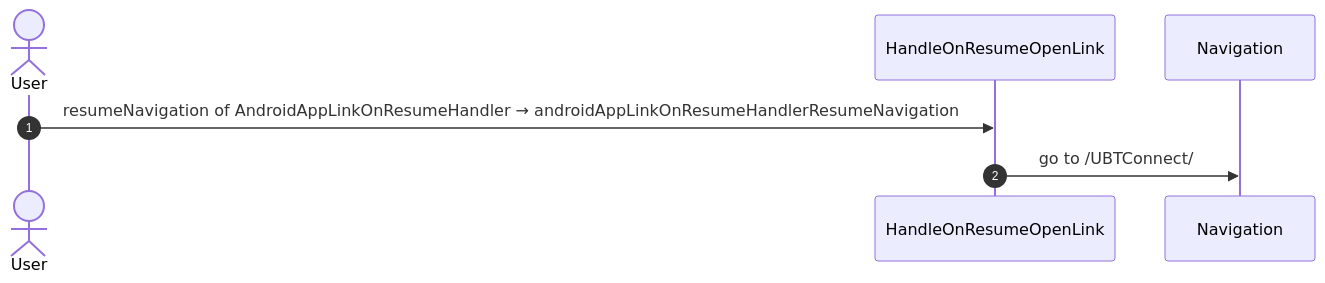
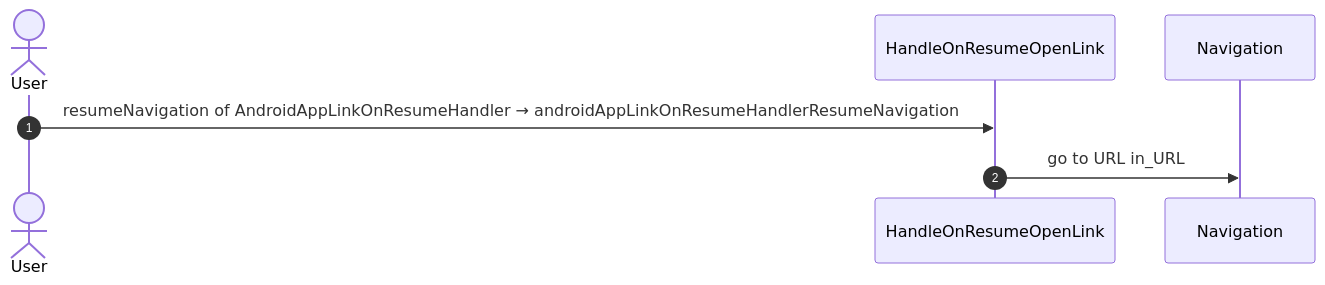
The ninth of 20 diagrams in route-actions/APP_SHELL.md (Phoenix-DX/connect-new-ui), drawn with Mermaid before and after one commit. The commit also changed other lines of this file and 7 other files, not shown here.

````diff
--- a/route-actions/APP_SHELL.md
+++ b/route-actions/APP_SHELL.md
@@ -281,9 +282,9 @@
 ```mermaid
 sequenceDiagram
   autonumber
   actor U as User
   participant B as HandleOnResumeOpenLink
   participant N as Navigation
   U->>B: resumeNavigation of AndroidAppLinkOnResumeHandler → androidAppLinkOnResumeHandlerResumeNavigation
-  B->>N: go to /UBTConnect/
+  B->>N: go to URL in_URL
 ```
````
